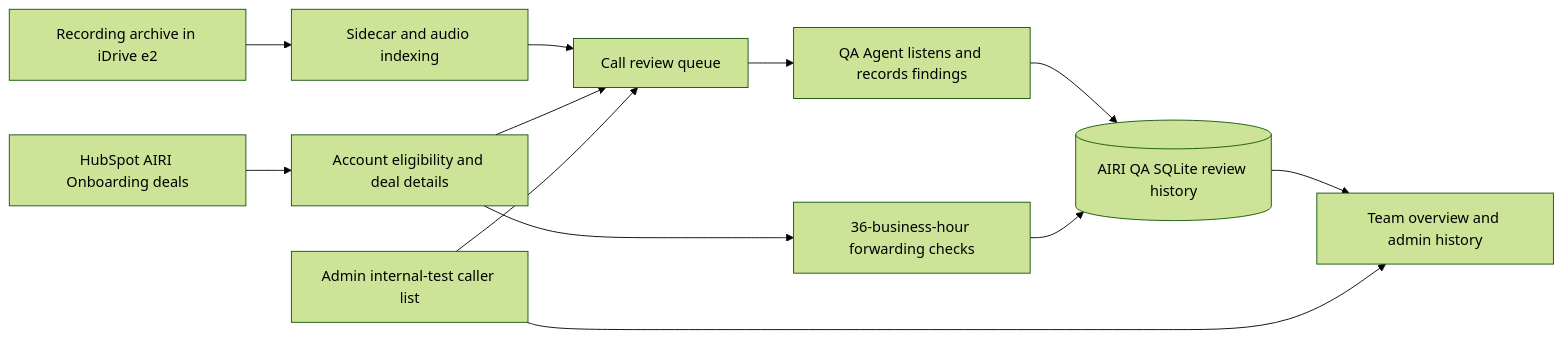
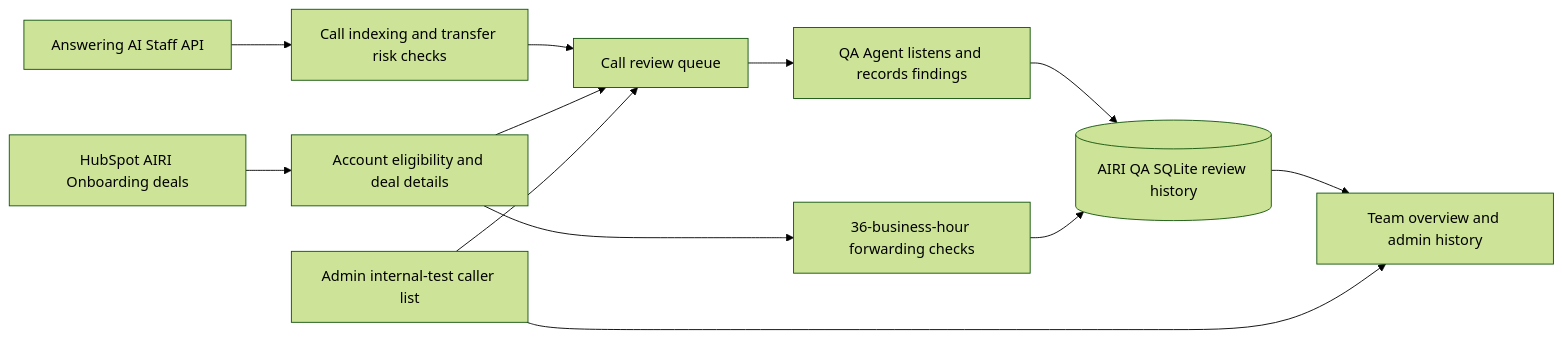
The diagram in docs/AIRI-QA-TEAM-GUIDE.md (alyssaaccardi/callcenter-ops), drawn with Mermaid (forest theme) before and after one commit. The commit also changed other lines of this file and 1 other file, not shown here.

Commit message:
Docs: AIRI QA now sourced from Staff API

````diff
--- a/docs/AIRI-QA-TEAM-GUIDE.md
+++ b/docs/AIRI-QA-TEAM-GUIDE.md
@@ -13,14 +13,14 @@
 ```mermaid
 flowchart LR
-  R[Recording archive in iDrive e2] --> I[Sidecar and audio indexing]
+  R[Answering AI Staff API] --> I[Call indexing and transfer risk checks]
   I --> Q[Call review queue]
   H[HubSpot AIRI Onboarding deals] --> E[Account eligibility and deal details]
   E --> Q
   Q --> V[QA Agent listens and records findings]
   V --> D[(AIRI QA SQLite review history)]
   D --> O[Team overview and admin history]
   E --> F[36-business-hour forwarding checks]
   F --> D
   X[Admin internal-test caller list] --> Q
   X --> O
 ```
````
